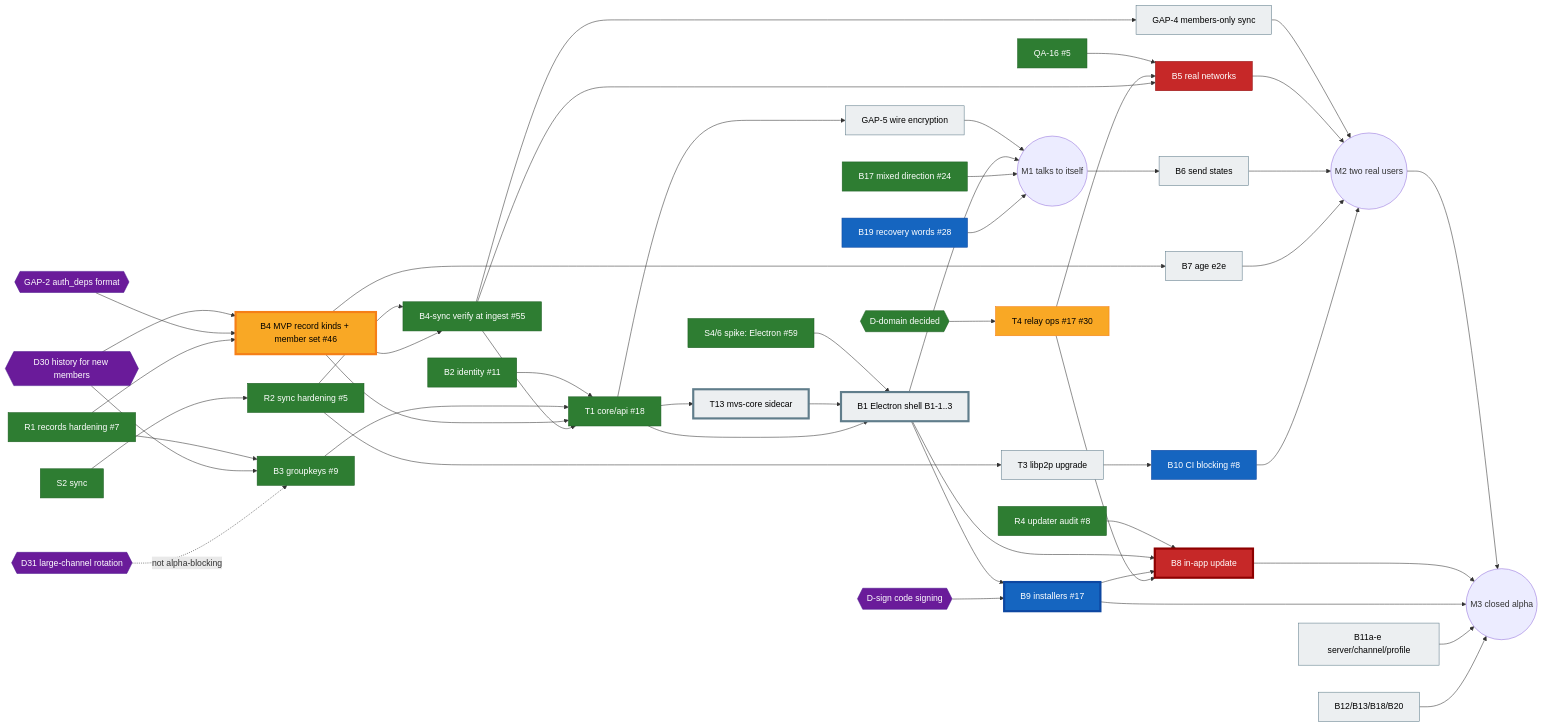
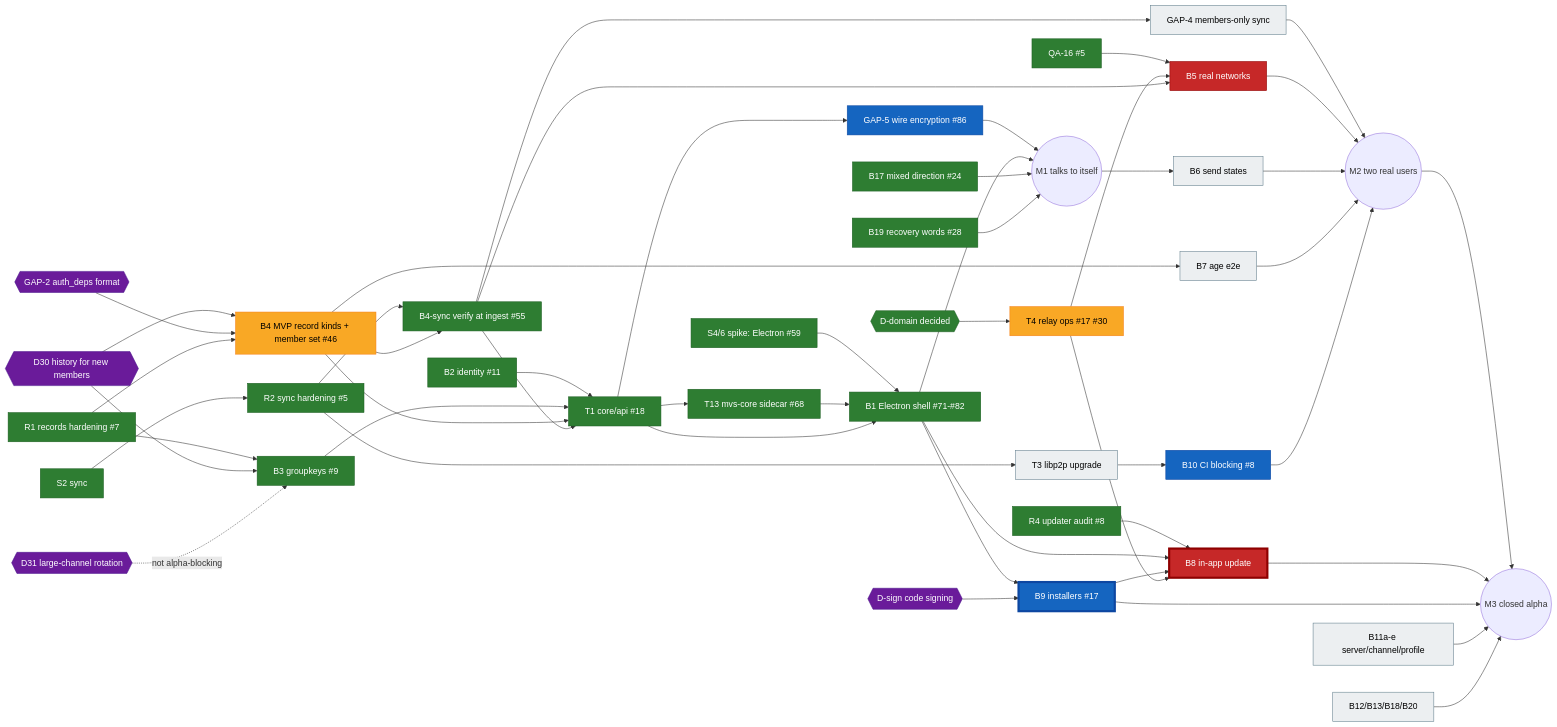
The diagram in docs/BOARD.md (moranmoa/MVP), drawn with Mermaid before and after one commit. The commit also changed other lines of this file, not shown here.

Commit message:
docs(board): refresh 6 — B1 + T13 + B2-f merged, sync adapter T14, T15 two-user chat, GAP-5 #86, T12 #69, CI job-name rule

````diff
--- a/docs/BOARD.md
+++ b/docs/BOARD.md
@@ -161,61 +161,61 @@
 ```mermaid
 graph LR
   classDef done fill:#2e7d32,color:#fff,stroke:#1b5e20
   classDef review fill:#1565c0,color:#fff,stroke:#0d47a1
   classDef prog fill:#f9a825,color:#000,stroke:#f57f17
   classDef blocked fill:#c62828,color:#fff,stroke:#8e0000
   classDef todo fill:#eceff1,color:#000,stroke:#607d8b
   classDef decision fill:#6a1b9a,color:#fff,stroke:#4a148c
   classDef crit stroke-width:4px
 
   R1[R1 records hardening #7]:::done
   S2[S2 sync]:::done --> R2[R2 sync hardening #5]:::done
   B2[B2 identity #11]:::done
   R1 --> B3[B3 groupkeys #9]:::done
   D30{{D30 history for new members}}:::decision --> B3
   D30 --> B4
   D31{{D31 large-channel rotation}}:::decision -. not alpha-blocking .-> B3
   GAP2{{GAP-2 auth_deps format}}:::decision --> B4
   R1 --> B4[B4 MVP record kinds + member set #46]:::prog
   R2 --> B4S[B4-sync verify at ingest #55]:::done
   B4 --> B4S
   B2 --> T1[T1 core/api #18]:::done
   B3 --> T1
   B4 --> T1
   B4S --> T1
-  T1 --> G5[GAP-5 wire encryption]:::todo
-  S46[S4/6 spike: Electron #59]:::done --> B1[B1 Electron shell B1-1..3]:::todo
-  T1 --> T13[T13 mvs-core sidecar]:::todo --> B1
+  T1 --> G5[GAP-5 wire encryption #86]:::review
+  S46[S4/6 spike: Electron #59]:::done --> B1[B1 Electron shell #71-#82]:::done
+  T1 --> T13[T13 mvs-core sidecar #68]:::done --> B1
   T1 --> B1
   G5 --> M1((M1 talks to itself))
   B1 --> M1
   B17[B17 mixed direction #24]:::done --> M1
-  B19[B19 recovery words #28]:::review --> M1
+  B19[B19 recovery words #28]:::done --> M1
 
   QA16[QA-16 #5]:::done --> B5
   DD{{D-domain decided}}:::done --> T4[T4 relay ops #17 #30]:::prog
   T4 --> B5[B5 real networks]:::blocked
   B4S --> G4[GAP-4 members-only sync]:::todo --> M2
   B4S --> B5
   M1 --> B6[B6 send states]:::todo
   B4 --> B7[B7 age e2e]:::todo
   B5 --> M2((M2 two real users))
   B6 --> M2
   B7 --> M2
   R2 --> T3[T3 libp2p upgrade]:::todo --> B10[B10 CI blocking #8]:::review
   B10 --> M2
 
   B1 --> B9[B9 installers #17]:::review
   DS{{D-sign code signing}}:::decision --> B9
   R4[R4 updater audit #8]:::done --> B8[B8 in-app update]:::blocked
   B1 --> B8
   B9 --> B8
   T4 --> B8
   M2 --> M3((M3 closed alpha))
   B8 --> M3
   B9 --> M3
   B11[B11a-e server/channel/profile]:::todo --> M3
   B12[B12/B13/B18/B20]:::todo --> M3
 
-  class B4,T13,B1,B9,B8 crit
+  class B9,B8 crit
 ```
````
